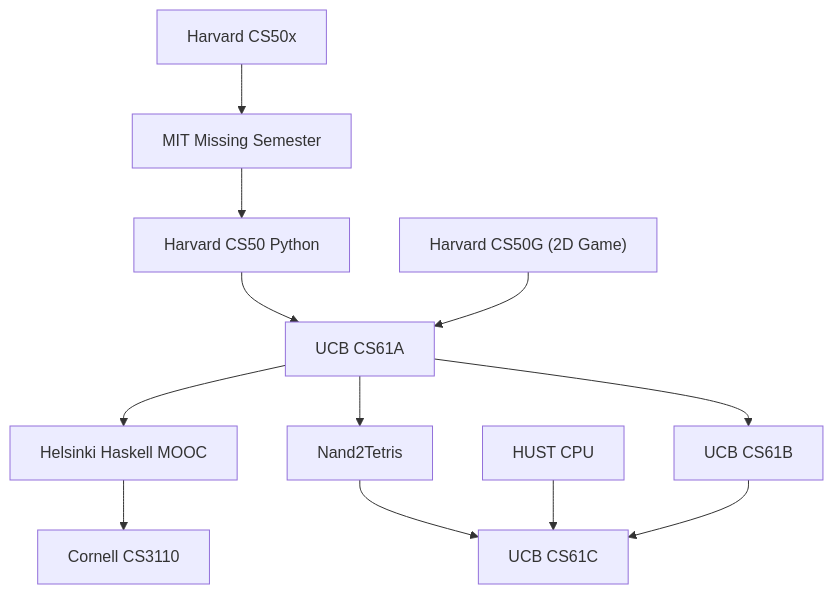
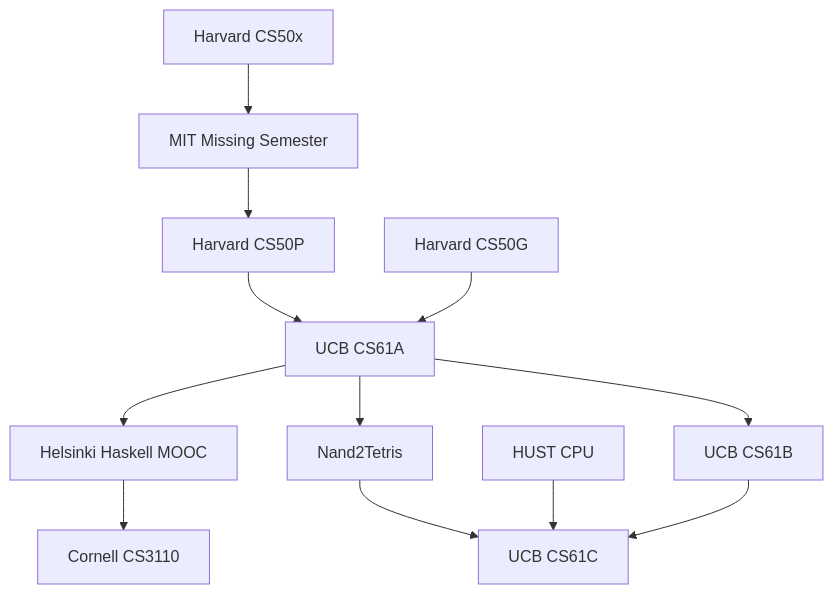
Before and after one commit to csfive/home: the diagram in docs/index.md, drawn with Mermaid. The commit also changed 1 other file, not shown here.

````diff
--- a/docs/index.md
+++ b/docs/index.md
@@ -8,19 +8,19 @@
 ```mermaid
 flowchart TD
       A[Harvard CS50x] --> B[MIT Missing Semester]
 
-      B --> C[Harvard CS50 Python]
+      B --> C[Harvard CS50P]
 
       C --> E[UCB CS61A]
-      D["Harvard CS50G (2D Game)"] --> E
+      D[Harvard CS50G] --> E
 
       E --> Z[Helsinki Haskell MOOC]
       Z --> Y[Cornell CS3110]
 
       E --> F[UCB CS61B]
       E --> I[Nand2Tetris]
 
       I --> H[UCB CS61C]
       G[HUST CPU] --> H
       F --> H
 ```
````
